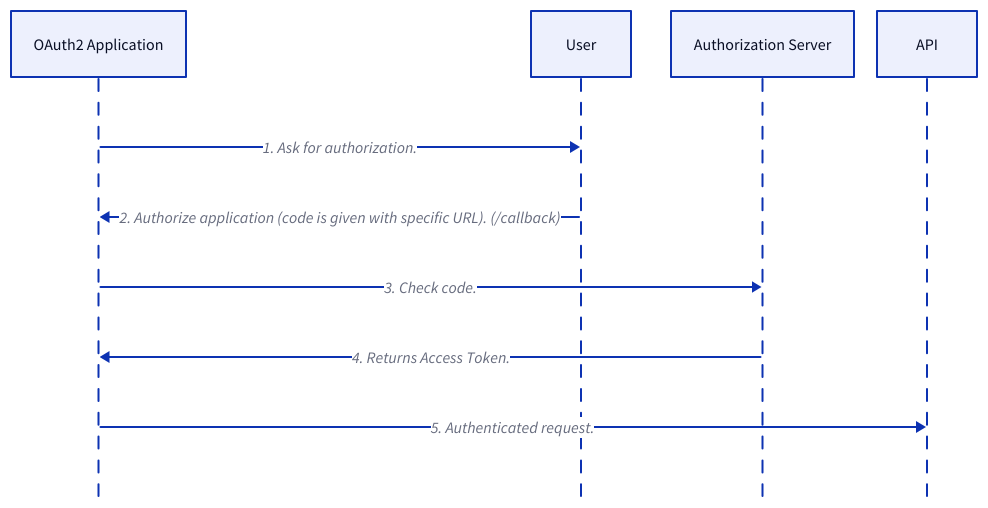
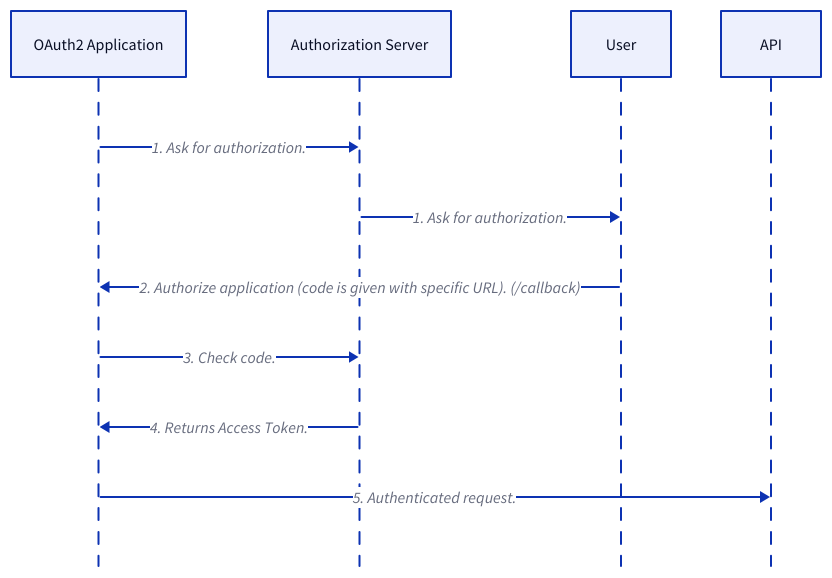
The diagram in pages/blog/2023-10-09-understanding-authentication/page.md (Darkness4/blog), drawn with D2 before and after one commit. The commit also changed 1 other file, not shown here.

Commit message:
chore(blog): update diagram

````diff
--- a/pages/blog/2023-10-09-understanding-authentication/page.md
+++ b/pages/blog/2023-10-09-understanding-authentication/page.md
@@ -51,8 +51,8 @@
 ```d2
 shape: sequence_diagram
-    OAuth2 Application -> User: 1. Ask for authorization.
+    OAuth2 Application -> Authorization Server -> User: 1. Ask for authorization.
     User -> OAuth2 Application: 2. Authorize application (code is given with specific URL). (/callback)
     OAuth2 Application -> Authorization Server: 3. Check code.
     Authorization Server -> OAuth2 Application: 4. Returns Access Token.
     OAuth2 Application -> API: 5. Authenticated request.
 ```
````
